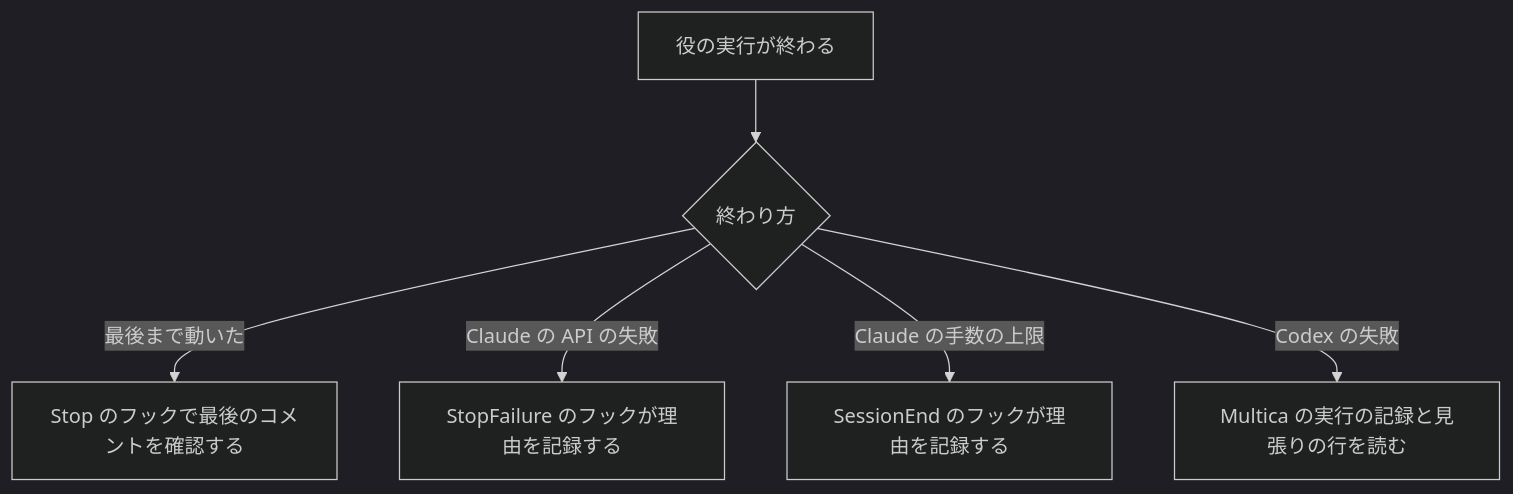
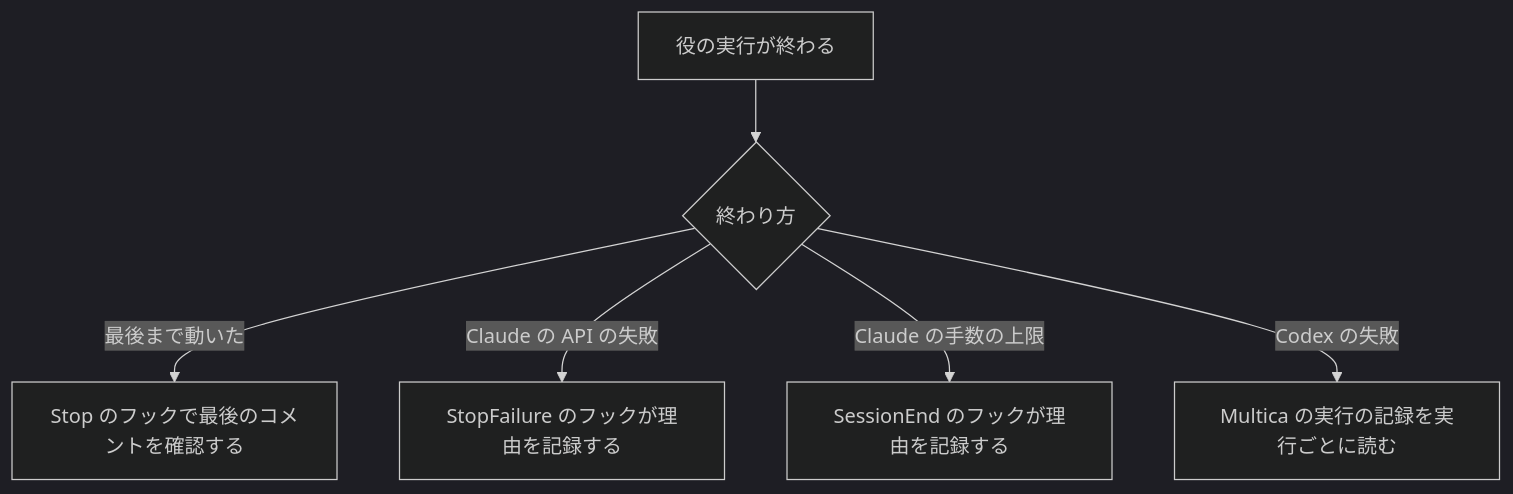
The diagram in docs/agent-run-stops.md (drecom/multica-squad-kit), drawn with Mermaid (dark theme) before and after one commit. The commit also changed other lines of this file and 2 other files, not shown here.

````diff
--- a/docs/agent-run-stops.md
+++ b/docs/agent-run-stops.md
@@ -23,8 +23,8 @@
 ```mermaid
 flowchart TD
     A[役の実行が終わる] --> B{終わり方}
     B -->|最後まで動いた| C[Stop のフックで最後のコメントを確認する]
     B -->|Claude の API の失敗| D[StopFailure のフックが理由を記録する]
     B -->|Claude の手数の上限| E[SessionEnd のフックが理由を記録する]
-    B -->|Codex の失敗| F[Multica の実行の記録と見張りの行を読む]
+    B -->|Codex の失敗| F[Multica の実行の記録を実行ごとに読む]
 ```
````
